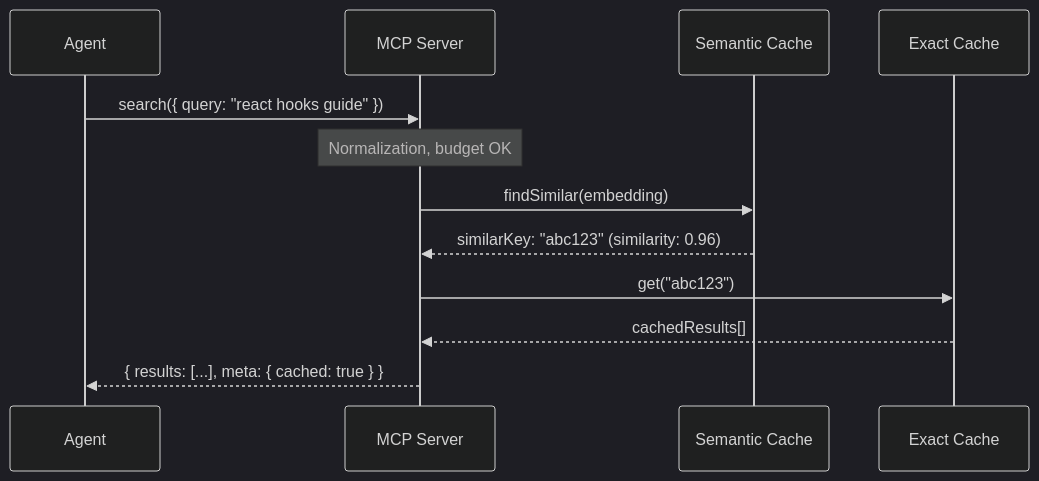
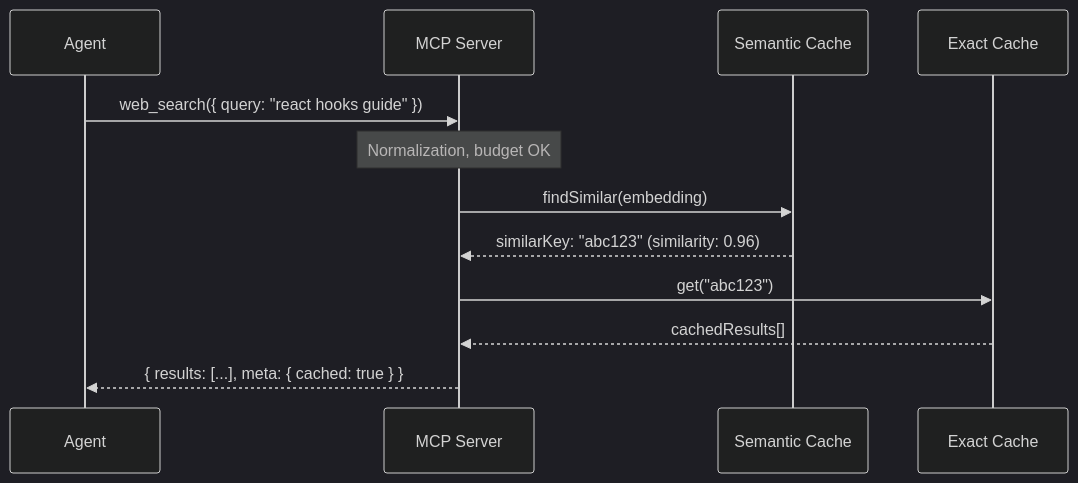
Before and after one commit to ilgizar-valiullin/mcp-web-hound: the third of 3 diagrams in docs/architecture.md, drawn with Mermaid (dark theme). The commit also changed other lines of this file and 28 other files, not shown here.

````diff
--- a/docs/architecture.md
+++ b/docs/architecture.md
@@ -191,15 +191,15 @@
 ```mermaid
 sequenceDiagram
     participant Agent
     participant MCP as MCP Server
     participant SC as Semantic Cache
     participant EC as Exact Cache
 
-    Agent->>MCP: search({ query: "react hooks guide" })
+    Agent->>MCP: web_search({ query: "react hooks guide" })
     Note over MCP: Normalization, budget OK
     MCP->>SC: findSimilar(embedding)
     SC-->>MCP: similarKey: "abc123" (similarity: 0.96)
     MCP->>EC: get("abc123")
     EC-->>MCP: cachedResults[]
     MCP-->>Agent: { results: [...], meta: { cached: true } }
 ```
````
